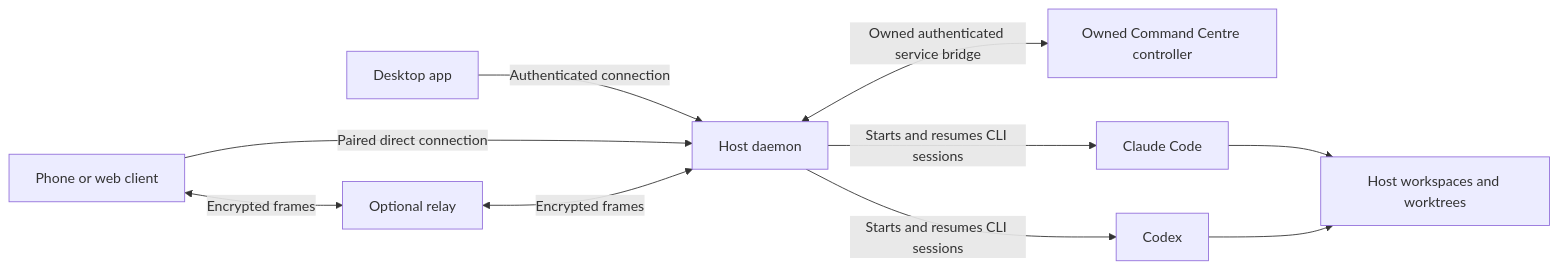
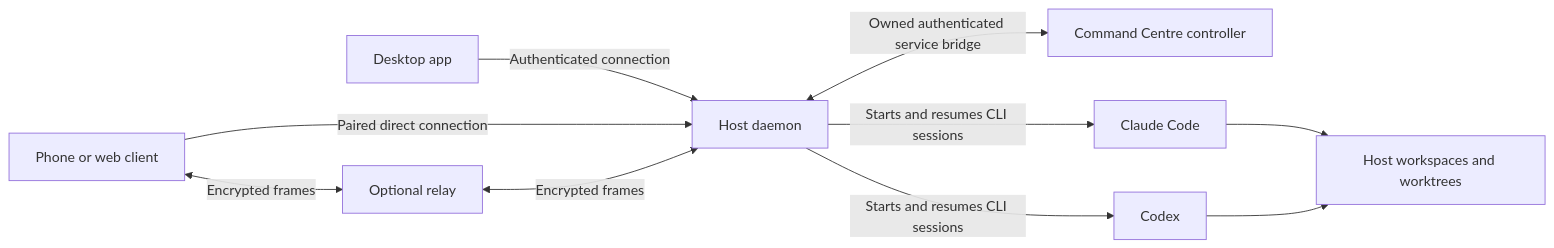
One commit to Subrising/fulcra changed the diagram in README.md. Above: the diagram before and after it, drawn with Mermaid. The commit also changed other lines of this file and 44 other files, not shown here.

````diff
--- a/README.md
+++ b/README.md
@@ -88,12 +129,12 @@
 ```mermaid
 flowchart LR
   desktop[Desktop app] -->|Authenticated connection| daemon[Host daemon]
   phone[Phone or web client] -->|Paired direct connection| daemon
   phone <-->|Encrypted frames| relay[Optional relay]
   relay <-->|Encrypted frames| daemon
-  daemon <-->|Owned authenticated service bridge| controller[Owned Command Centre controller]
+  daemon <-->|Owned authenticated service bridge| controller[Command Centre controller]
   daemon -->|Starts and resumes CLI sessions| claude[Claude Code]
   daemon -->|Starts and resumes CLI sessions| codex[Codex]
   claude --> work[Host workspaces and worktrees]
   codex --> work
 ```
````
